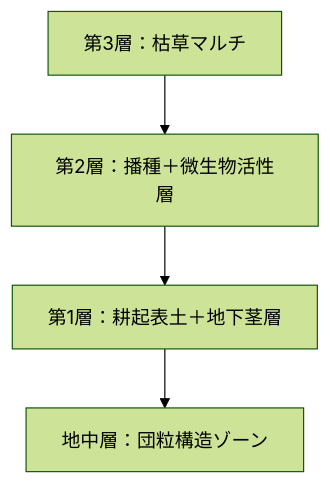
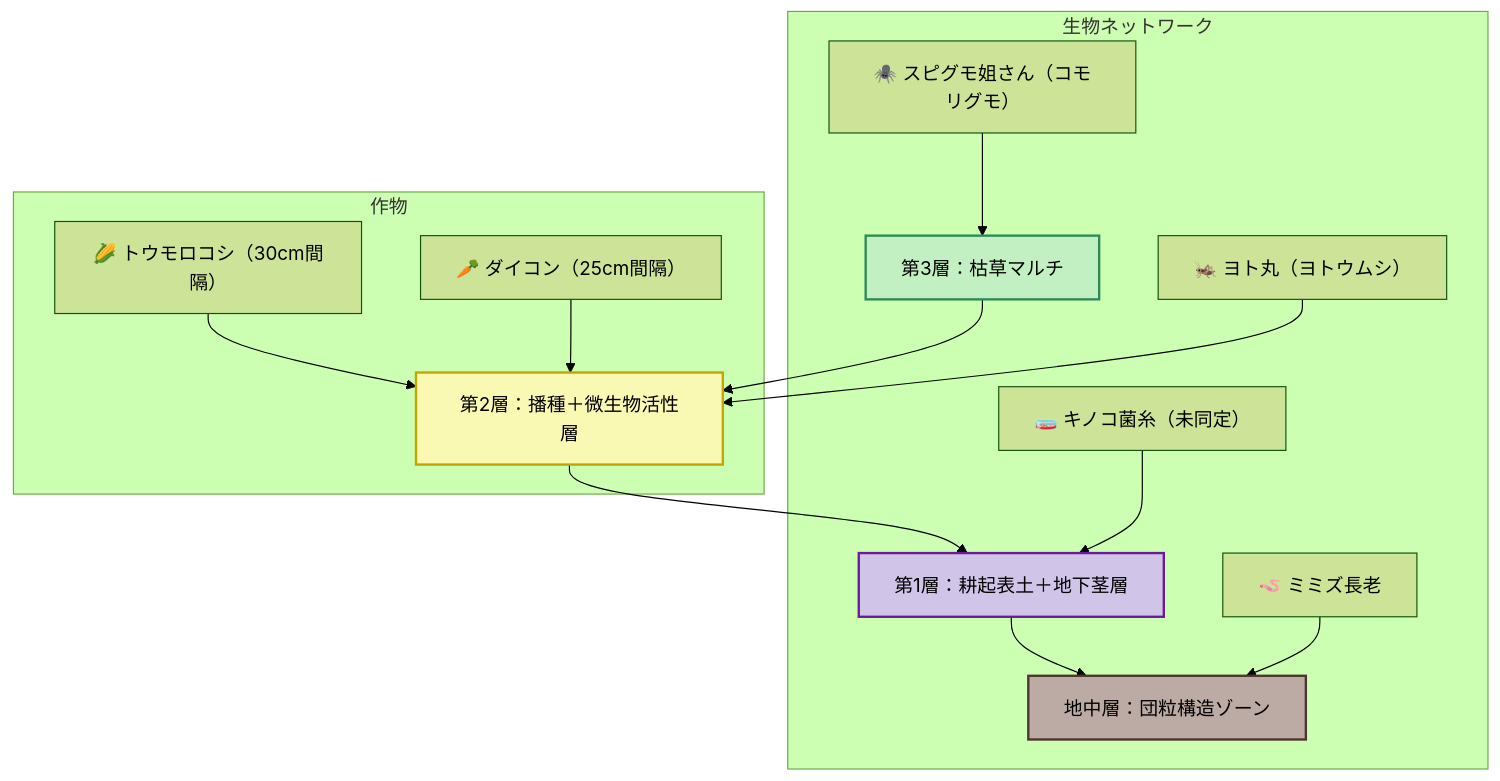
Before and after one commit to satoshi-create/complexity-and-network-webdesign: the diagram in ai-collaboration/hinoharu-project/3tsubo-farm/mvp-bed-01_kiri-mulch/layout.mmd, drawn with Mermaid (forest theme). The commit also changed other lines of this file, not shown here.

```diff
--- a/ai-collaboration/hinoharu-project/3tsubo-farm/mvp-bed-01_kiri-mulch/layout.mmd
+++ b/ai-collaboration/hinoharu-project/3tsubo-farm/mvp-bed-01_kiri-mulch/layout.mmd
@@ -1,4 +1,32 @@
 graph TD
   A[第3層：枯草マルチ] --> B[第2層：播種＋微生物活性層]
   B --> C[第1層：耕起表土＋地下茎層]
   C --> D[地中層：団粒構造ゾーン]
+
+  A:::mulch
+  B:::biolayer
+  C:::tillage
+  D:::soilcore
+
+  classDef mulch fill:#c2f0c2,stroke:#2e8b57,stroke-width:2px;
+  classDef biolayer fill:#f9f9b4,stroke:#bfa700,stroke-width:2px;
+  classDef tillage fill:#d1c4e9,stroke:#6a1b9a,stroke-width:2px;
+  classDef soilcore fill:#bcaaa4,stroke:#4e342e,stroke-width:2px;
+
+  subgraph 作物
+    E1[🌽 トウモロコシ（30cm間隔）] 
+    E2[🥕 ダイコン（25cm間隔）] 
+    E1 --> B
+    E2 --> B
+  end
+
+  subgraph 生物ネットワーク
+    F1[🕷️ スピグモ姐さん（コモリグモ）]
+    F2[🪱 ミミズ長老]
+    F3[🦗 ヨト丸（ヨトウムシ）]
+    F4[🧫 キノコ菌糸（未同定）]
+    F1 --> A
+    F2 --> D
+    F3 --> B
+    F4 --> C
+  end
```
